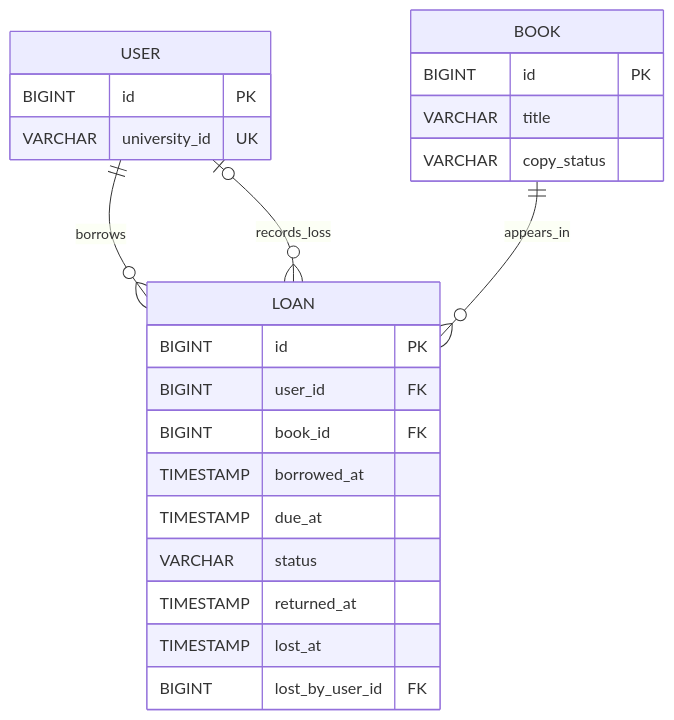
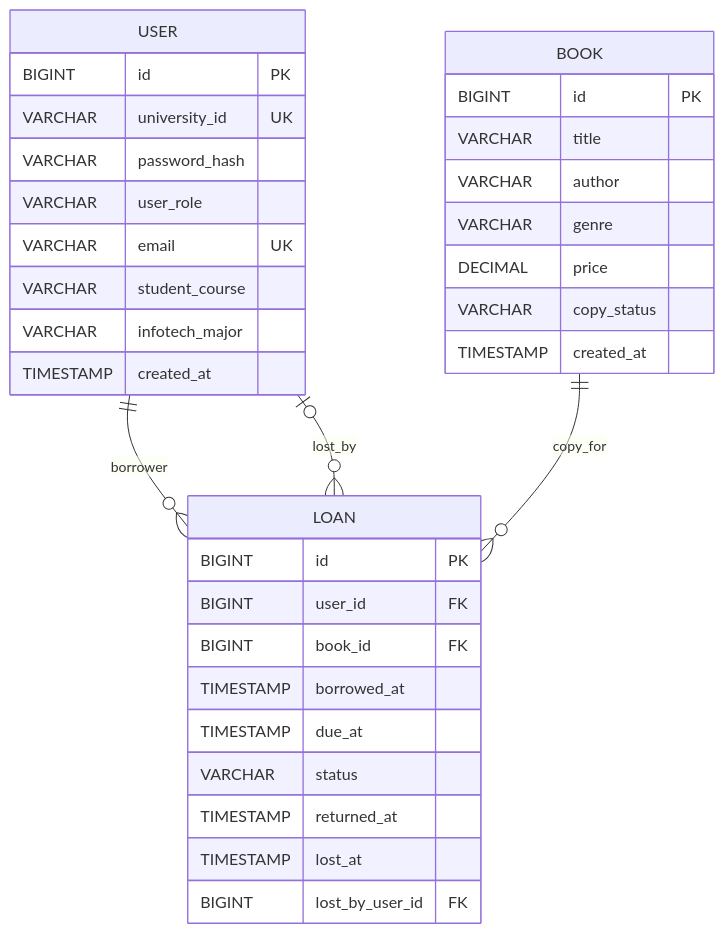
One commit to kyledelfin2006/libro-library-system changed the fourth of 6 diagrams in README.md. Above: the diagram before and after it, drawn with Mermaid. The commit also changed other lines of this file and 16 other files, not shown here.

````diff
--- a/README.md
+++ b/README.md
@@ -244,26 +218,36 @@
 ```mermaid
 erDiagram
-    USER ||--o{ LOAN : borrows
-    USER o|--o{ LOAN : records_loss
-    BOOK ||--o{ LOAN : appears_in
+    USER ||--o{ LOAN : borrower
+    USER o|--o{ LOAN : lost_by
+    BOOK ||--o{ LOAN : copy_for
+    BOOK {
+        BIGINT id PK
+        VARCHAR title
+        VARCHAR author
+        VARCHAR genre
+        DECIMAL price
+        VARCHAR copy_status
+        TIMESTAMP created_at
+    }
     USER {
         BIGINT id PK
         VARCHAR university_id UK
-    }
-    BOOK {
-        BIGINT id PK
-        VARCHAR title
-        VARCHAR copy_status
+        VARCHAR password_hash
+        VARCHAR user_role
+        VARCHAR email UK
+        VARCHAR student_course
+        VARCHAR infotech_major
+        TIMESTAMP created_at
     }
     LOAN {
         BIGINT id PK
         BIGINT user_id FK
         BIGINT book_id FK
         TIMESTAMP borrowed_at
         TIMESTAMP due_at
         VARCHAR status
         TIMESTAMP returned_at
         TIMESTAMP lost_at
         BIGINT lost_by_user_id FK
     }
 ```
````
